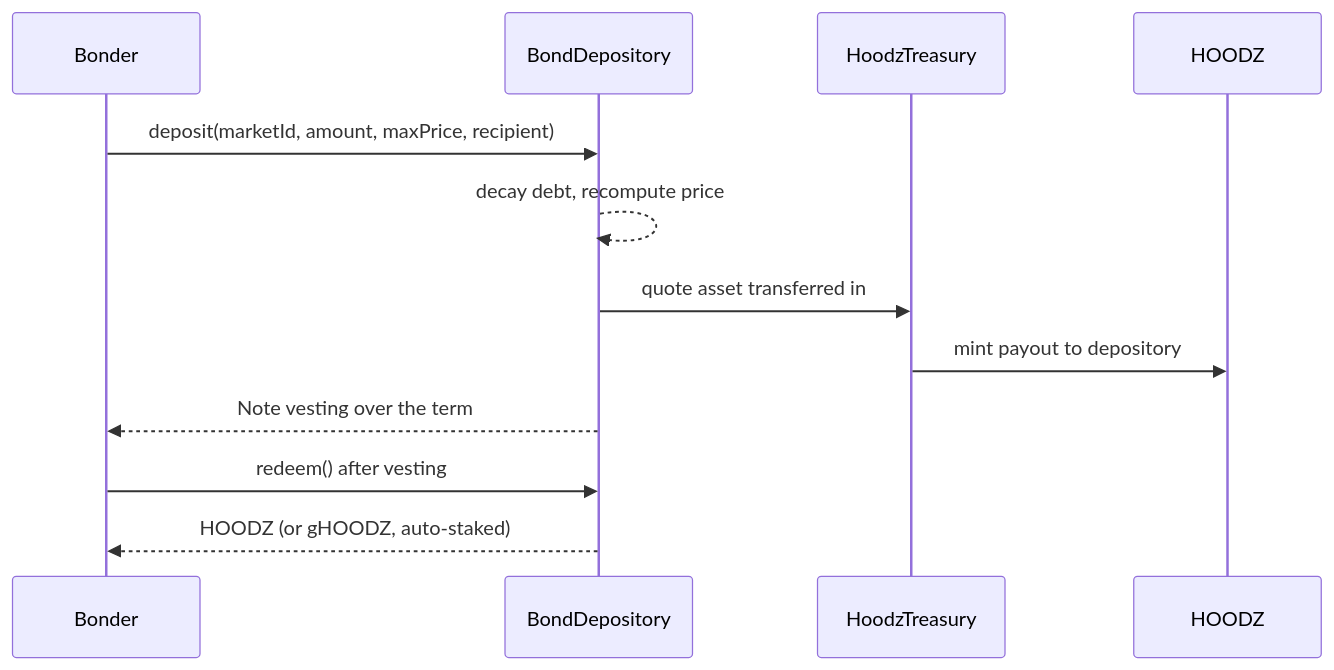
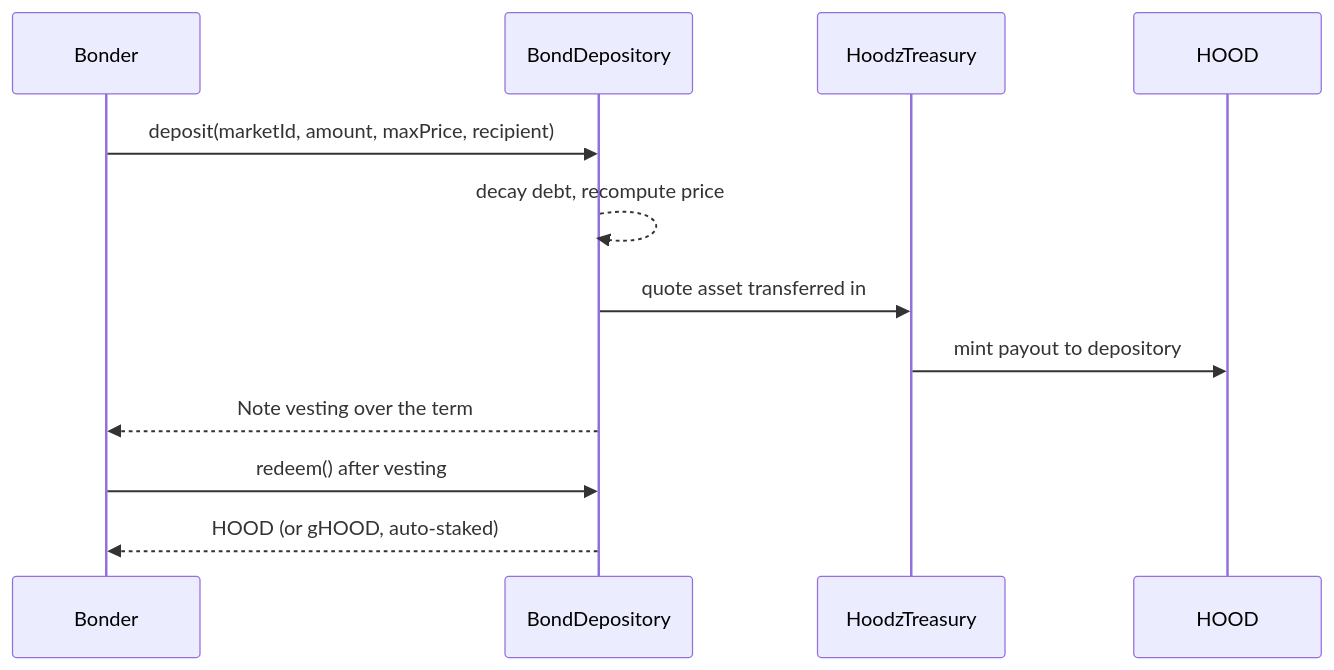
One commit to averageballer13/Hoodz changed the fifth of 10 diagrams in docs/PROTOCOL.md. Above: the diagram before and after it, drawn with Mermaid. The commit also changed other lines of this file and 109 other files, not shown here.

````diff
--- a/docs/PROTOCOL.md
+++ b/docs/PROTOCOL.md
@@ -458,15 +458,15 @@
 ```mermaid
 sequenceDiagram
     participant U as Bonder
     participant BD as BondDepository
     participant TRE as HoodzTreasury
-    participant H as HOODZ
+    participant H as HOOD
 
     U->>BD: deposit(marketId, amount, maxPrice, recipient)
     BD-->>BD: decay debt, recompute price
     BD->>TRE: quote asset transferred in
     TRE->>H: mint payout to depository
     BD-->>U: Note vesting over the term
     U->>BD: redeem() after vesting
-    BD-->>U: HOODZ (or gHOODZ, auto-staked)
+    BD-->>U: HOOD (or gHOOD, auto-staked)
 ```
````
